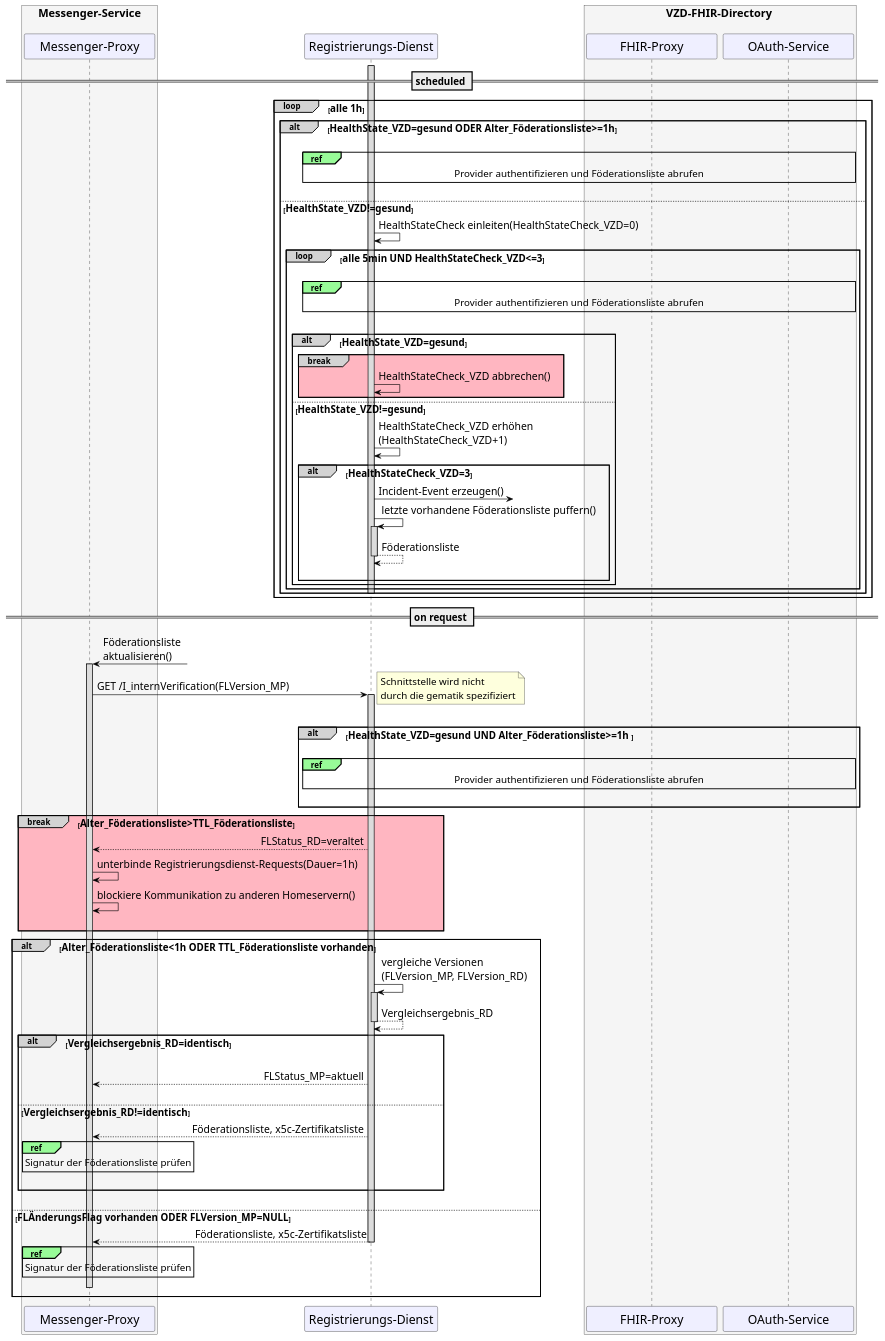
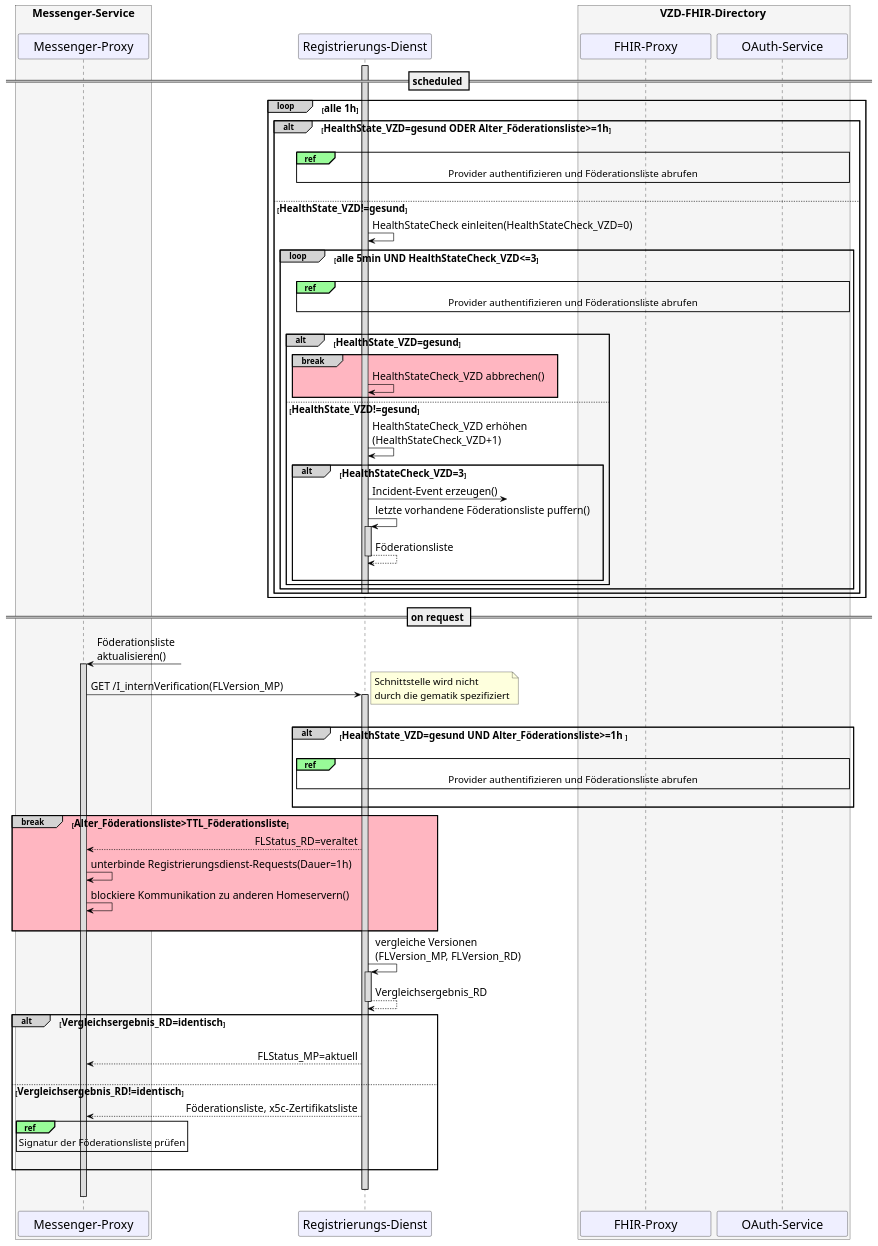
One commit to gematik/api-ti-messenger changed the diagram in src/plantuml/TI-Messenger-Dienst/Ressourcen/UC_Update_Federationlist_Seq.puml. Above: the diagram before and after it, drawn with PlantUML. The commit also changed 1 other file, not shown here.

```diff
--- a/src/plantuml/TI-Messenger-Dienst/Ressourcen/UC_Update_Federationlist_Seq.puml
+++ b/src/plantuml/TI-Messenger-Dienst/Ressourcen/UC_Update_Federationlist_Seq.puml
@@ -9,128 +9,121 @@
 @startuml
 skinparam sequenceMessageAlign direction
 skinparam minClassWidth 200
 skinparam BoxPadding 1
 skinparam sequenceReferenceHeaderBackgroundColor palegreen
 scale max 2048 width
 
 skinparam sequence {
 ArrowColor black
 ArrowFontSize 17
 ActorBorderColor black
 LifeLineBorderColor black
 LifeLineBackgroundColor Gainsboro
 
 ParticipantBorderColor Motivation
 ParticipantBackgroundColor Motivation
 ParticipantFontName Impact
 ParticipantFontSize 20
 ParticipantFontColor black
 ParticipantBorderColor Black
 ParticipantBackgroundColor MOTIVATION
 
 ActorBackgroundColor Gainsboro
 ActorFontColor black
 ActorFontSize 20
 ActorFontName Aapex
 }
 
 box <size:18>Messenger-Service\n #WhiteSmoke
 participant MP as "Messenger-Proxy"
 end box
 participant RD as "Registrierungs-Dienst"
 box <size:18>VZD-FHIR-Directory</size> #WhiteSmoke
   participant FP as "FHIR-Proxy"
   participant AS as "OAuth-Service"
 end box
 
 == <size:16>scheduled</size> ==
 
 loop#LightGrey <size:16>alle 1h</size>
   alt#LightGrey <size:16>HealthState_VZD=gesund ODER Alter_Föderationsliste>=1h</size>
   activate RD
   |||
   ref over AS, FP, RD
     <size:16>Provider authentifizieren und Föderationsliste abrufen</size>
   end ref
   |||
 
   else <size:16>HealthState_VZD!=gesund</size>
     RD->RD: HealthStateCheck einleiten(HealthStateCheck_VZD=0)
     loop#LightGrey <size:16>alle 5min UND HealthStateCheck_VZD<=3</size>
       |||
       ref over AS, FP, RD
         <size:16>Provider authentifizieren und Föderationsliste abrufen</size>
       end ref
       |||
       alt#LightGrey <size:16>HealthState_VZD=gesund</size>
         break#LightGrey #LightPink
           RD->RD: HealthStateCheck_VZD abbrechen()
         end
       else <size:16>HealthState_VZD!=gesund</size>
         RD->RD: HealthStateCheck_VZD erhöhen\n(HealthStateCheck_VZD+1)
         alt#LightGrey <size:16>HealthStateCheck_VZD=3</size>
           RD ->?: Incident-Event erzeugen()
           RD->RD++: letzte vorhandene Föderationsliste puffern()
           return Föderationsliste
         |||
         end
       end
     end
     deactivate RD
   end
 end
 
 == <size:16>on request</size> ==
 
 MP <-?: Föderationsliste \naktualisieren()
 activate MP
 MP->RD: GET /I_internVerification(FLVersion_MP)
 note right: <size:16>Schnittstelle wird nicht \n<size:16>durch die gematik spezifiziert</size>
 |||
   Activate RD
 
 alt#LightGrey <size:16>HealthState_VZD=gesund UND Alter_Föderationsliste>=1h </size>
 
   |||
   ref over AS, FP, RD
     <size:16>Provider authentifizieren und Föderationsliste abrufen</size>
   end ref
   |||
 
 end
 
 break#LightGrey #LightPink <size:16>Alter_Föderationsliste>TTL_Föderationsliste</size>
   RD-->MP: FLStatus_RD=veraltet
   MP->MP: unterbinde Registrierungsdienst-Requests(Dauer=1h)
   MP->MP: blockiere Kommunikation zu anderen Homeservern()
   |||
 end
 
-alt#LightGrey <size:16>Alter_Föderationsliste<1h ODER TTL_Föderationsliste vorhanden</size>
+'alt#LightGrey <size:16>Alter_Föderationsliste<1h ODER TTL_Föderationsliste vorhanden</size>
   RD->RD++: vergleiche Versionen\n(FLVersion_MP, FLVersion_RD)
   return Vergleichsergebnis_RD
 
   alt#LightGrey <size:16>Vergleichsergebnis_RD=identisch</size>
     |||
     RD-->MP: FLStatus_MP=aktuell
     |||
 
   else <size:16>Vergleichsergebnis_RD!=identisch</size>
     RD-->MP: Föderationsliste, x5c-Zertifikatsliste
     ref over MP
       <size:16>Signatur der Föderationsliste prüfen</size>
     end ref
     |||
   end
   |||
-
-else <size:16>FLÄnderungsFlag vorhanden ODER FLVersion_MP=NULL</size>
-  RD-->MP: Föderationsliste, x5c-Zertifikatsliste
   Deactivate RD
-  ref over MP
-    <size:16>Signatur der Föderationsliste prüfen</size>
-  end ref
   MP-[hidden]> MP
   deactivate MP
-end
 @enduml
```
